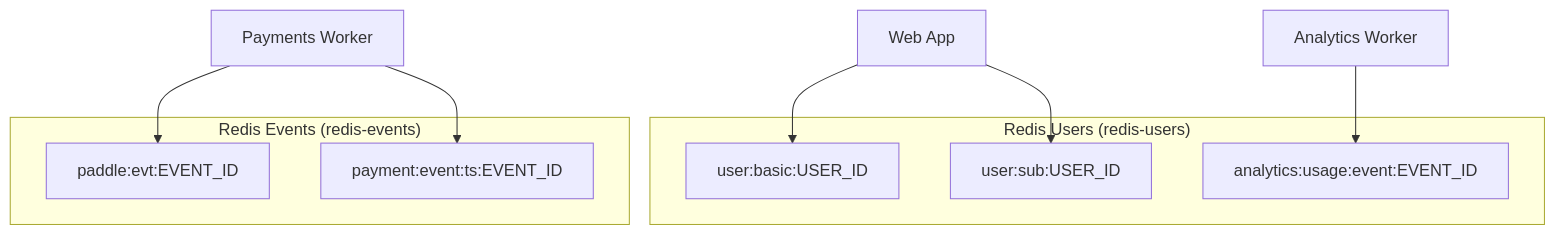
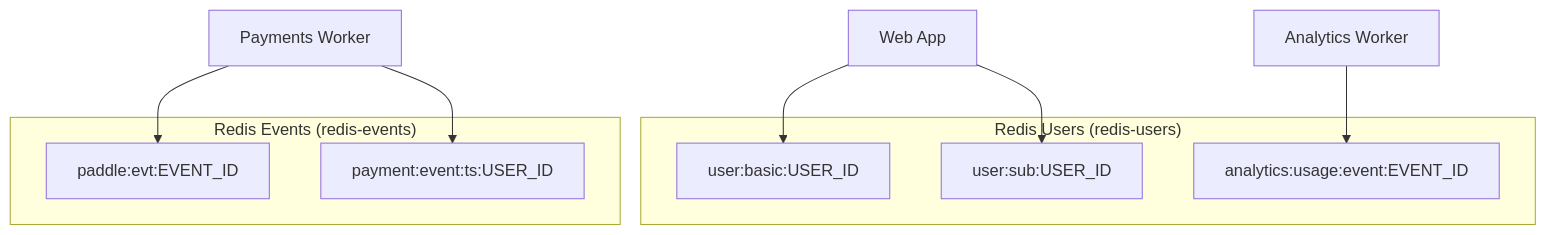
One commit to kunalPisolkar24/detectAI changed the sixth of 8 diagrams in services/workers/docs/concepts/architecture.md. Above: the diagram before and after it, drawn with Mermaid. The commit also changed other lines of this file and 10 other files, not shown here.

````diff
--- a/services/workers/docs/concepts/architecture.md
+++ b/services/workers/docs/concepts/architecture.md
@@ -238,19 +404,19 @@
 ```mermaid
 graph TB
     subgraph "Redis Users (redis-users)"
         Basic[user:basic:USER_ID]
         Sub[user:sub:USER_ID]
         Dedup[analytics:usage:event:EVENT_ID]
     end
     
     subgraph "Redis Events (redis-events)"
         PaddleEvt[paddle:evt:EVENT_ID]
-        PaymentTs[payment:event:ts:EVENT_ID]
+        PaymentTs[payment:event:ts:USER_ID]
     end
     
     Web[Web App] --> Basic
     Web --> Sub
     Payments[Payments Worker] --> PaddleEvt
     Payments --> PaymentTs
     Analytics[Analytics Worker] --> Dedup
 ```
````
